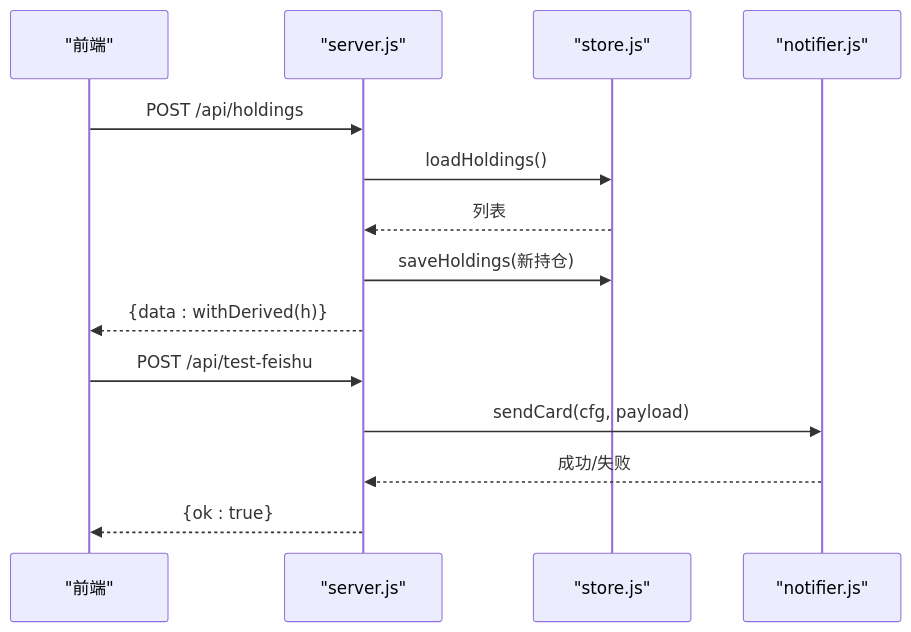
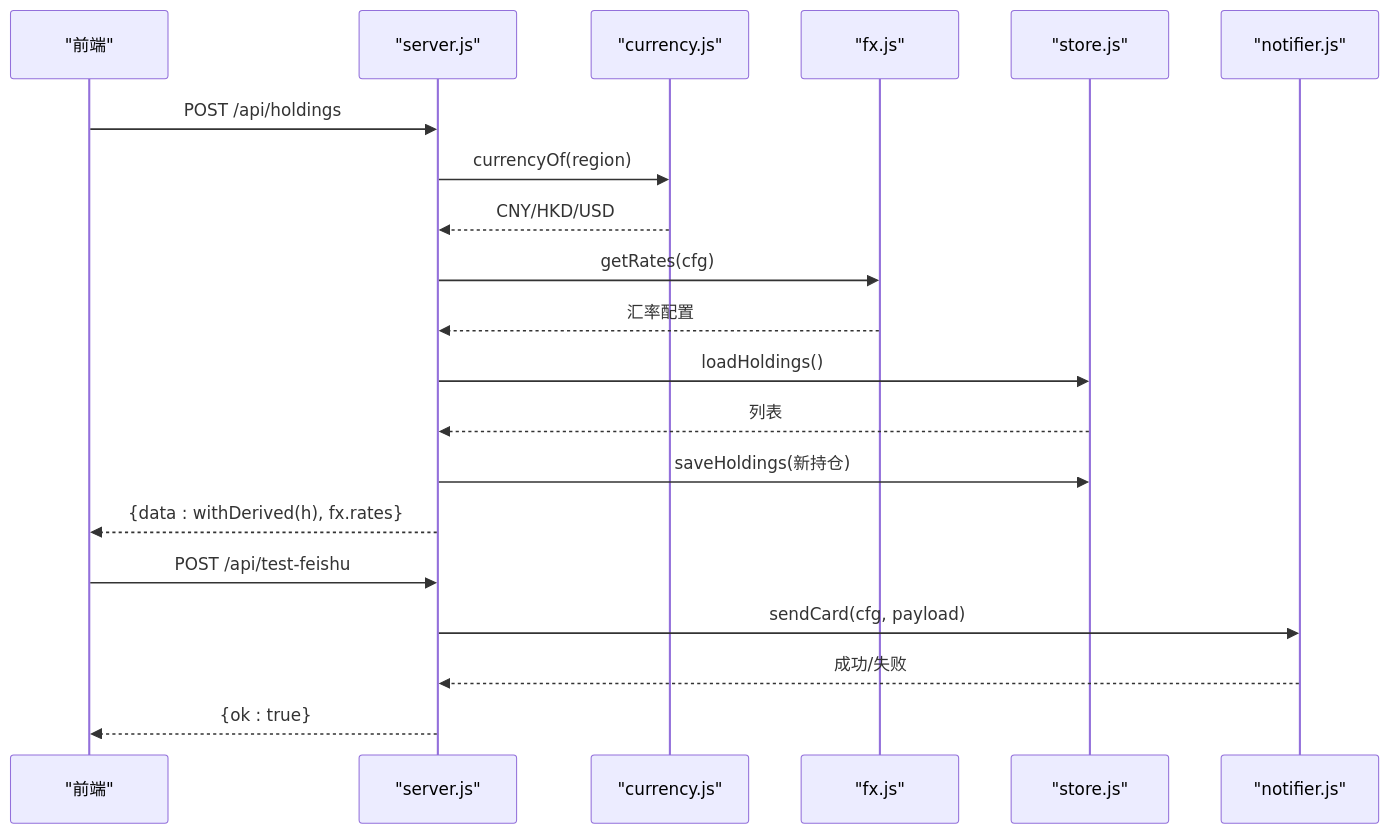
Before and after one commit to salenju/stock-advisor: the fourth of 8 diagrams in .qoder/repowiki/zh/content/系统架构/系统架构.md, drawn with Mermaid. The commit also changed other lines of this file and 45 other files, not shown here.

````diff
--- a/.qoder/repowiki/zh/content/系统架构/系统架构.md
+++ b/.qoder/repowiki/zh/content/系统架构/系统架构.md
@@ -234,16 +282,22 @@
 ```mermaid
 sequenceDiagram
 participant FE as "前端"
 participant API as "server.js"
+participant Currency as "currency.js"
+participant FX as "fx.js"
 participant Store as "store.js"
 participant Notifier as "notifier.js"
 FE->>API : POST /api/holdings
+API->>Currency : currencyOf(region)
+Currency-->>API : CNY/HKD/USD
+API->>FX : getRates(cfg)
+FX-->>API : 汇率配置
 API->>Store : loadHoldings()
 Store-->>API : 列表
 API->>Store : saveHoldings(新持仓)
-API-->>FE : {data : withDerived(h)}
+API-->>FE : {data : withDerived(h), fx.rates}
 FE->>API : POST /api/test-feishu
 API->>Notifier : sendCard(cfg, payload)
 Notifier-->>API : 成功/失败
 API-->>FE : {ok : true}
 ```
````
